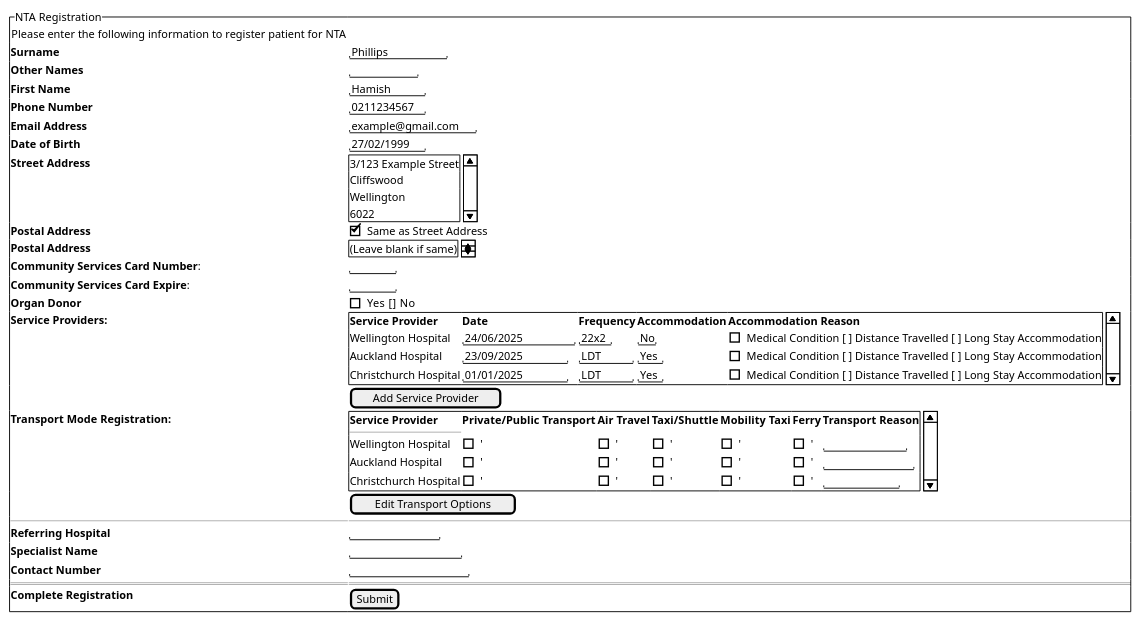
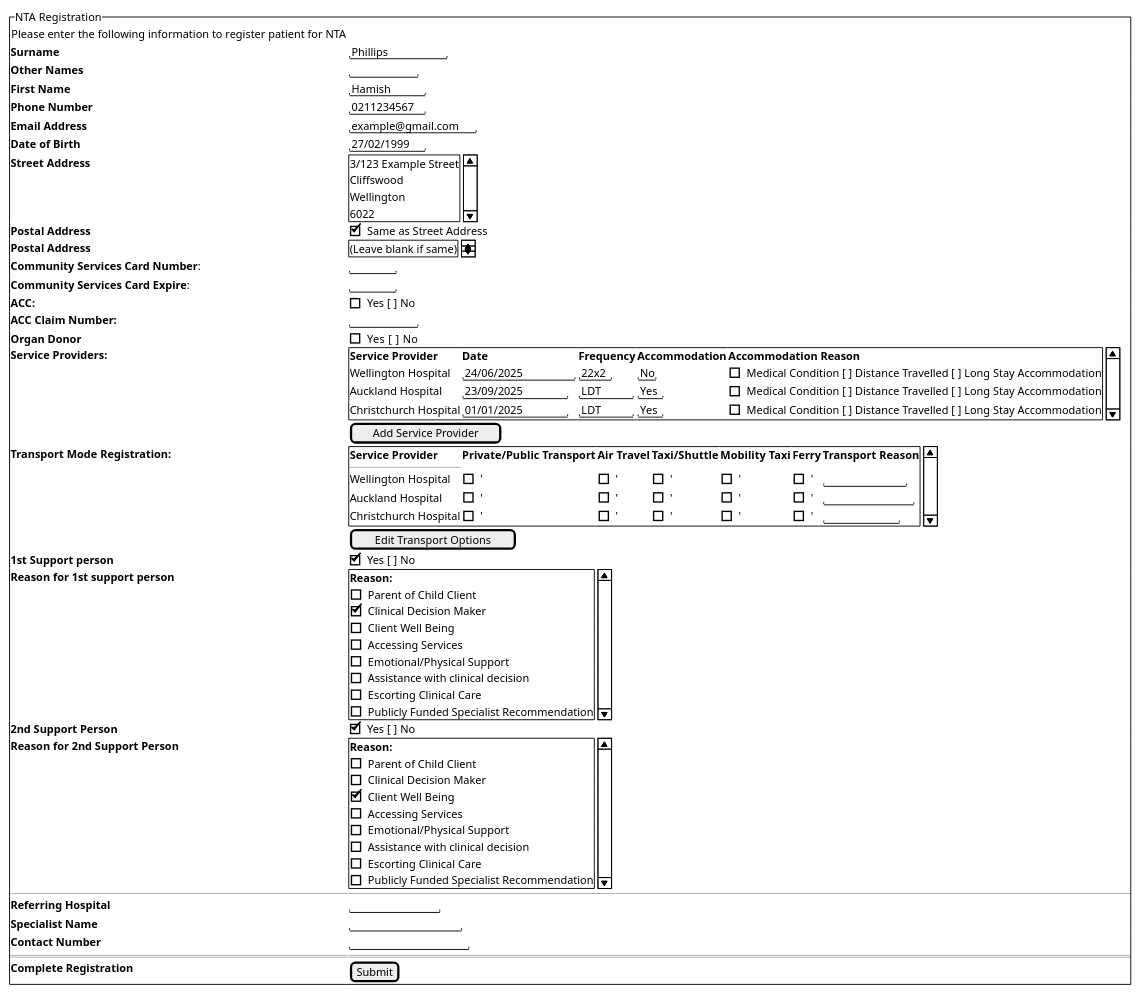
One commit to hamtana/TravelTracker changed the diagram in Planning/PatientRegistrationInterface.puml. Above: the diagram before and after it, drawn with PlantUML.

Commit message:
completed registration form

```diff
--- a/Planning/PatientRegistrationInterface.puml
+++ b/Planning/PatientRegistrationInterface.puml
@@ -1,58 +1,88 @@
 @startsalt LofiNTARegistration
 
 {^"NTA Registration" 
     {Please enter the following information to register patient for NTA}
     **Surname** | "Phillips     "
     **Other Names** | "         "
     **First Name** | "Hamish    "
     **Phone Number** | "0211234567"
     **Email Address** | "example@gmail.com"
     
     **Date of Birth** | "27/02/1999"
 
     **Street Address** | {SI
     3/123 Example Street
     Cliffswood
     Wellington
     6022
     }
 
     **Postal Address** | [X] Same as Street Address
     **Postal Address** | {SI
     (Leave blank if same)
     }
 
     **Community Services Card Number**: | "      "
 
     **Community Services Card Expire**: | "      "
 
-    **Organ Donor** | [] Yes  [] No
+    **ACC:** | [] Yes [ ] No
+    **ACC Claim Number:** | "         "
+
+    **Organ Donor** | [] Yes  [ ] No
 
 
     **Service Providers: ** | {SI
     **Service Provider** | **Date** | **Frequency** | **Accommodation** | **Accommodation Reason**
     Wellington Hospital | "24/06/2025     " | "22x2" | "No" | [] Medical Condition [ ] Distance Travelled [ ] Long Stay Accommodation
     Auckland Hospital | "23/09/2025    " | "LDT    " | "Yes" | [] Medical Condition [ ] Distance Travelled [ ] Long Stay Accommodation
     Christchurch Hospital | "01/01/2025    " | "LDT    " | "Yes" | [] Medical Condition [ ] Distance Travelled [ ] Long Stay Accommodation
 
     }
     . | [Add Service Provider]
 
     **Transport Mode Registration:** | {SI
     **Service Provider** | **Private/Public Transport** | **Air Travel** | **Taxi/Shuttle** | **Mobility Taxi** | **Ferry** | **Transport Reason**
     ---
     Wellington Hospital | [] ' | [ ] ' | [ ] ' | [ ] '| [ ] ' | "           "
     Auckland Hospital | [ ] '| [ ] ' | [ ] '| [ ] '| [ ] ' | "            "
     Christchurch Hospital | [ ] '| [ ] '| [ ] '| [ ] '| [ ]' | "          "
     }
     . | [Edit Transport Options]
 
+
+    **1st Support person** | [X] Yes [ ] No
+    **Reason for 1st support person** | {SI
+        **Reason:**
+        [] Parent of Child Client 
+        [X] Clinical Decision Maker
+        [] Client Well Being
+        [] Accessing Services
+        [] Emotional/Physical Support
+        [] Assistance with clinical decision
+        [] Escorting Clinical Care
+        [] Publicly Funded Specialist Recommendation
+    }
+
+    **2nd Support Person** | [X] Yes [ ] No
+    **Reason for 2nd Support Person** | {SI
+        **Reason:**
+        [] Parent of Child Client 
+        [] Clinical Decision Maker
+        [X] Client Well Being
+        [] Accessing Services
+        [] Emotional/Physical Support
+        [] Assistance with clinical decision
+        [] Escorting Clinical Care
+        [] Publicly Funded Specialist Recommendation
+    }
+
     ----|----
     **Referring Hospital** | "            "
     **Specialist Name** | "               "
     **Contact Number** | "                "
 
     ====|====
     **Complete Registration** | [Submit]
 }
 @endsalt
```
